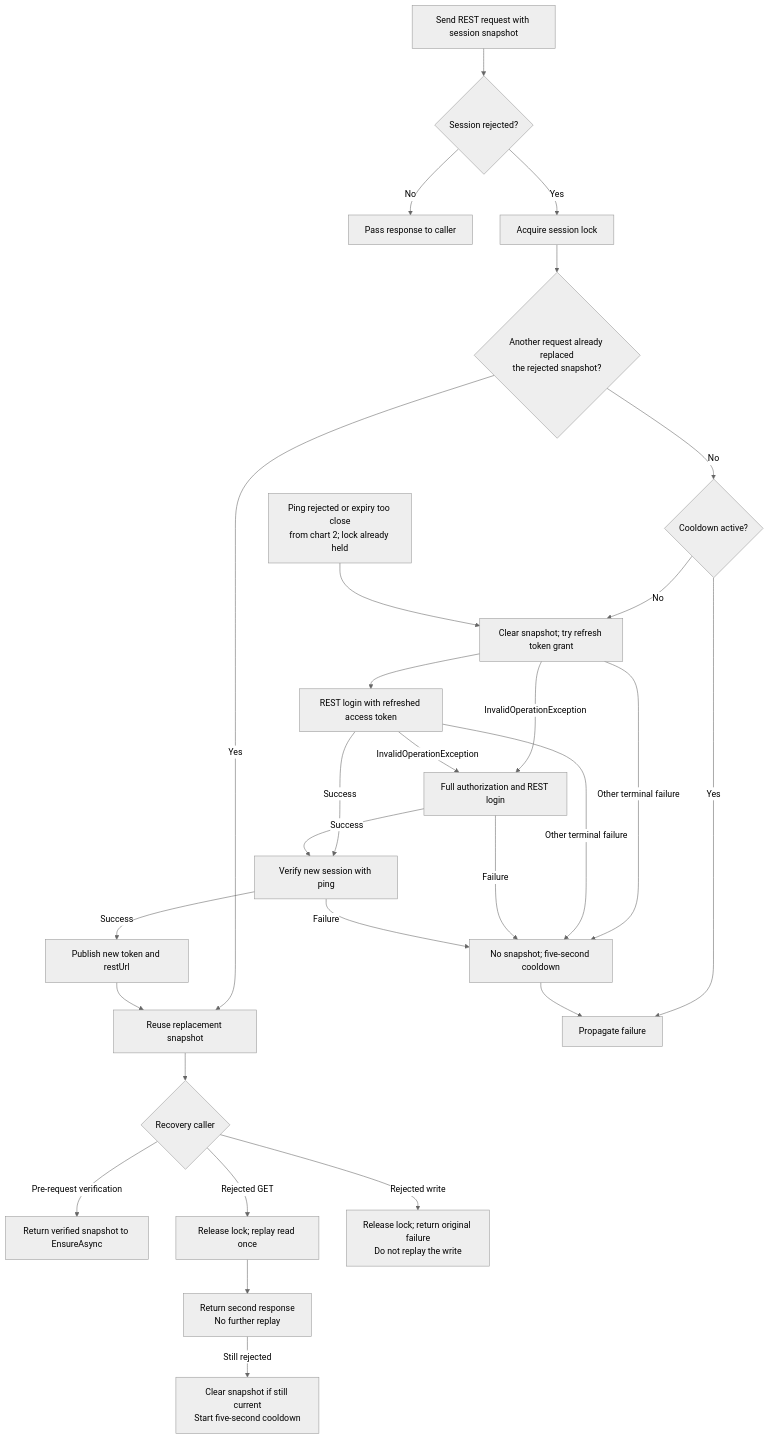
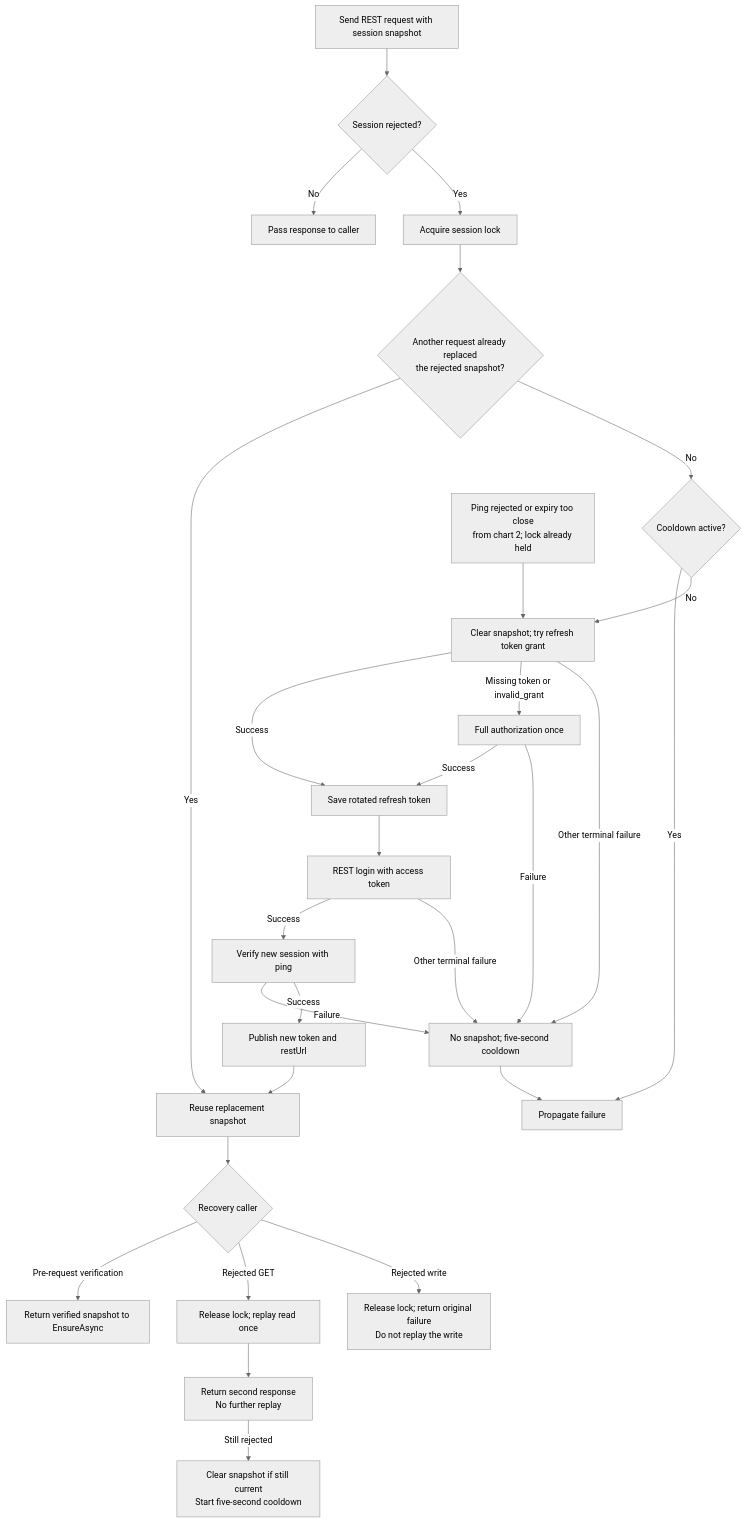
The third of 4 diagrams in README.md (api-bureau/bullhorn-api), drawn with Mermaid (neutral theme) before and after one commit. The commit also changed other lines of this file, not shown here.

First line of the commit message:
docs: README.md - clarify and standardize sequence diagrams

````diff
--- a/README.md
+++ b/README.md
@@ -125,30 +130,30 @@
 ```mermaid
 flowchart TD
     A["Send REST request with session snapshot"] --> B{"Session rejected?"}
     B -->|No| C["Pass response to caller"]
     B -->|Yes| D["Acquire session lock"]
     D --> E{"Another request already replaced<br/>the rejected snapshot?"}
     E -->|Yes| U["Reuse replacement snapshot"]
     E -->|No| K{"Cooldown active?"}
     K -->|Yes| F["Propagate failure"]
     K -->|No| R["Clear snapshot; try refresh token grant"]
     P["Ping rejected or expiry too close<br/>from chart 2; lock already held"] --> R
-    R --> T["REST login with refreshed access token"]
-    R -->|"InvalidOperationException"| L["Full authorization and REST login"]
-    T -->|"InvalidOperationException"| L
+    R -->|Success| SAVE["Save rotated refresh token"]
+    R -->|"Missing token or invalid_grant"| L["Full authorization once"]
+    L -->|Success| SAVE
+    SAVE --> T["REST login with access token"]
     T -->|Success| V["Verify new session with ping"]
-    L -->|Success| V
     R -->|"Other terminal failure"| W["No snapshot; five-second cooldown"]
     T -->|"Other terminal failure"| W
     L -->|Failure| W
     V -->|Failure| W
     W --> F
     V -->|Success| S["Publish new token and restUrl"]
     S --> U
     U --> Z{"Recovery caller"}
     Z -->|"Pre-request verification"| READY["Return verified snapshot to EnsureAsync"]
     Z -->|"Rejected GET"| GET["Release lock; replay read once"]
     Z -->|"Rejected write"| WRITE["Release lock; return original failure<br/>Do not replay the write"]
     GET --> OUT["Return second response<br/>No further replay"]
     OUT -->|"Still rejected"| BAD["Clear snapshot if still current<br/>Start five-second cooldown"]
 ```
````
